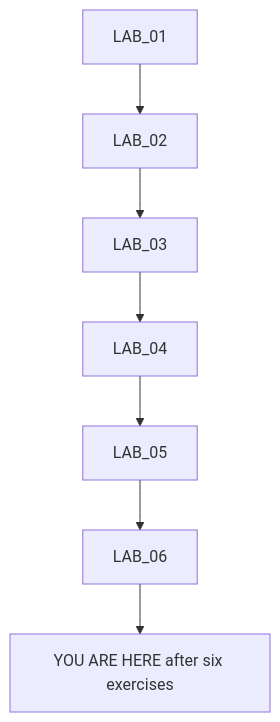
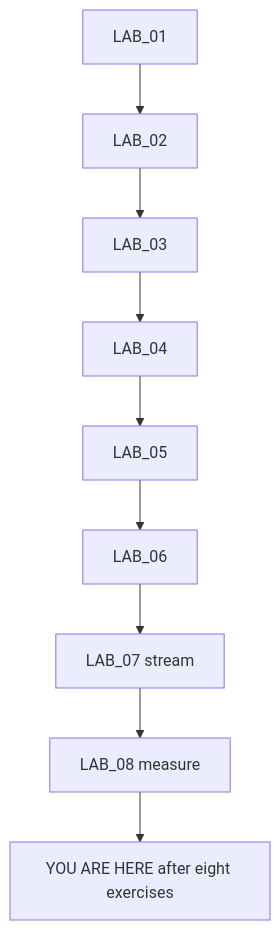
Before and after one commit to PSM44/wings4.0: the first of 10 diagrams in EXPERIMENTS/LANGGRAPH_WINGS4_LAB/LEARNING.ROADMAP.md, drawn with Mermaid. The commit also changed other lines of this file and 9 other files, not shown here.

````diff
--- a/EXPERIMENTS/LANGGRAPH_WINGS4_LAB/LEARNING.ROADMAP.md
+++ b/EXPERIMENTS/LANGGRAPH_WINGS4_LAB/LEARNING.ROADMAP.md
@@ -43,11 +47,13 @@
 ```mermaid
 flowchart TD
   L1[LAB_01]
   L2[LAB_02]
   L3[LAB_03]
   L4[LAB_04]
   L5[LAB_05]
   L6[LAB_06]
-  Here[YOU ARE HERE after six exercises]
-  L1 --> L2 --> L3 --> L4 --> L5 --> L6 --> Here
+  L7[LAB_07 stream]
+  L8[LAB_08 measure]
+  Here[YOU ARE HERE after eight exercises]
+  L1 --> L2 --> L3 --> L4 --> L5 --> L6 --> L7 --> L8 --> Here
 ```
````
